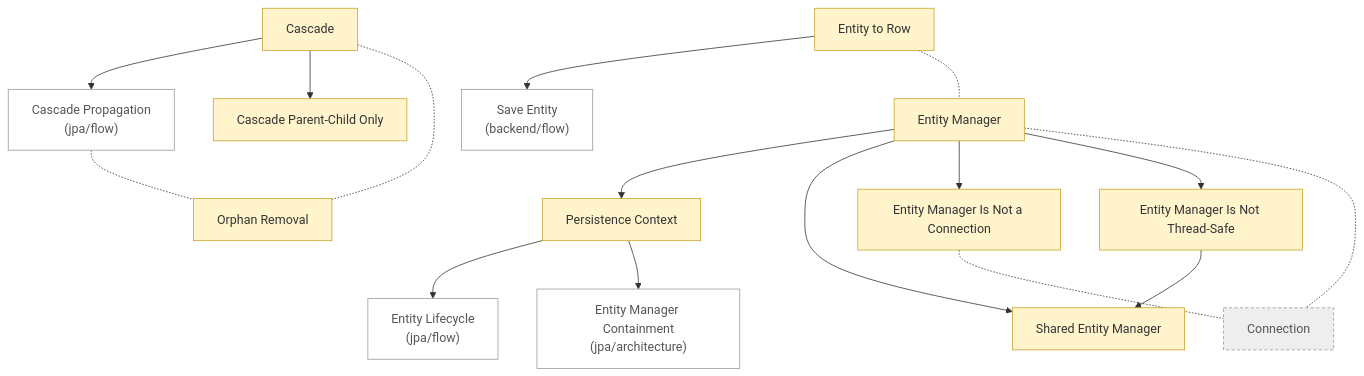
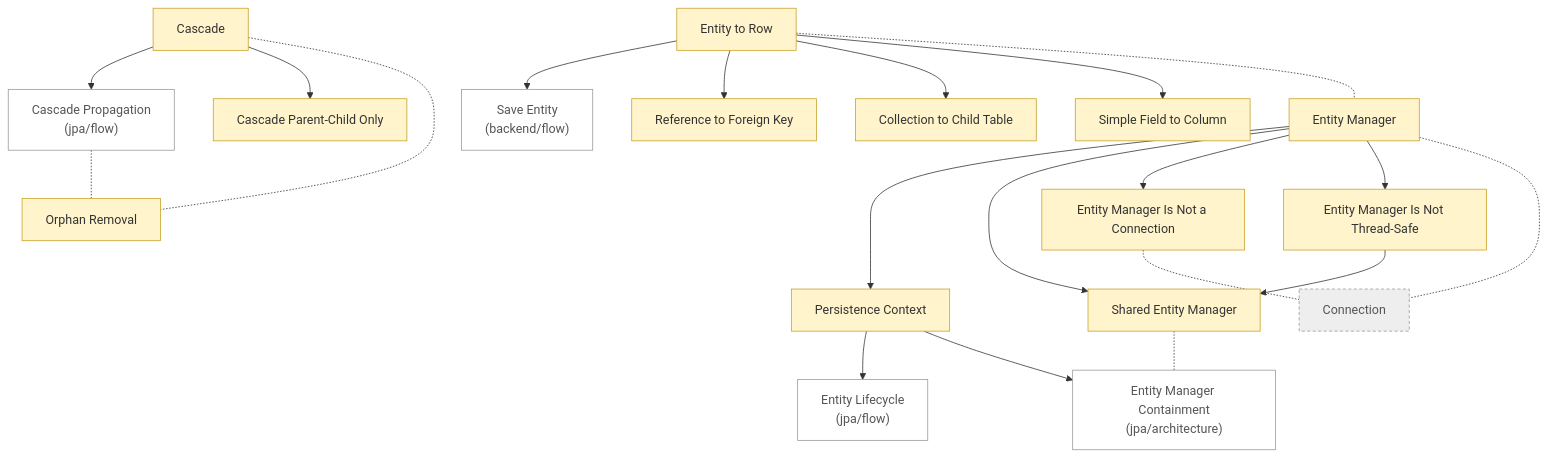
One commit to Pizza-Mozzarella/self-learning changed the diagram in notes/backend/jpa/concepts/README.md. Above: the diagram before and after it, drawn with Mermaid. The commit also changed other lines of this file and 44 other files, not shown here.

````diff
--- a/notes/backend/jpa/concepts/README.md
+++ b/notes/backend/jpa/concepts/README.md
@@ -6,36 +6,43 @@
 ```mermaid
 flowchart TD
     n0["Cascade Parent-Child Only"]:::draft
     n1["Cascade"]:::draft
-    n2["Connection"]:::stub
-    n3["Entity Manager Is Not a Connection"]:::draft
-    n4["Entity Manager Is Not Thread-Safe"]:::draft
-    n5["Entity Manager"]:::draft
-    n6["Entity to Row"]:::draft
-    n7["Orphan Removal"]:::draft
-    n8["Persistence Context"]:::draft
-    n9["Shared Entity Manager"]:::draft
-    n10["Save Entity<br/>(backend/flow)"]:::ext
-    n11["Entity Manager Containment<br/>(jpa/architecture)"]:::ext
-    n12["Cascade Propagation<br/>(jpa/flow)"]:::ext
-    n13["Entity Lifecycle<br/>(jpa/flow)"]:::ext
-    n1 --> n12
+    n2["Collection to Child Table"]:::draft
+    n3["Connection"]:::stub
+    n4["Entity Manager Is Not a Connection"]:::draft
+    n5["Entity Manager Is Not Thread-Safe"]:::draft
+    n6["Entity Manager"]:::draft
+    n7["Entity to Row"]:::draft
+    n8["Orphan Removal"]:::draft
+    n9["Persistence Context"]:::draft
+    n10["Reference to Foreign Key"]:::draft
+    n11["Shared Entity Manager"]:::draft
+    n12["Simple Field to Column"]:::draft
+    n13["Save Entity<br/>(backend/flow)"]:::ext
+    n14["Entity Manager Containment<br/>(jpa/architecture)"]:::ext
+    n15["Cascade Propagation<br/>(jpa/flow)"]:::ext
+    n16["Entity Lifecycle<br/>(jpa/flow)"]:::ext
+    n1 --> n15
     n1 --> n0
-    n1 -.- n7
-    n3 -.- n2
-    n4 --> n9
-    n5 --> n8
-    n5 --> n9
-    n5 --> n3
-    n5 --> n4
-    n5 -.- n2
-    n6 --> n10
-    n6 -.- n5
-    n8 --> n13
-    n8 --> n11
-    n12 -.- n7
+    n1 -.- n8
+    n4 -.- n3
+    n5 --> n11
+    n6 --> n9
+    n6 --> n11
+    n6 --> n4
+    n6 --> n5
+    n6 -.- n3
+    n7 --> n13
+    n7 --> n10
+    n7 --> n2
+    n7 --> n12
+    n7 -.- n6
+    n9 --> n16
+    n9 --> n14
+    n11 -.- n14
+    n15 -.- n8
     classDef stub fill:#eeeeee,stroke:#999999,stroke-dasharray:4 3,color:#555555
     classDef draft fill:#fff4cc,stroke:#c9a227,color:#333333
     classDef ok fill:#d8f0dc,stroke:#3a9d5d,color:#222222
     classDef ext fill:#ffffff,stroke:#999999,color:#555555
 ```
````
